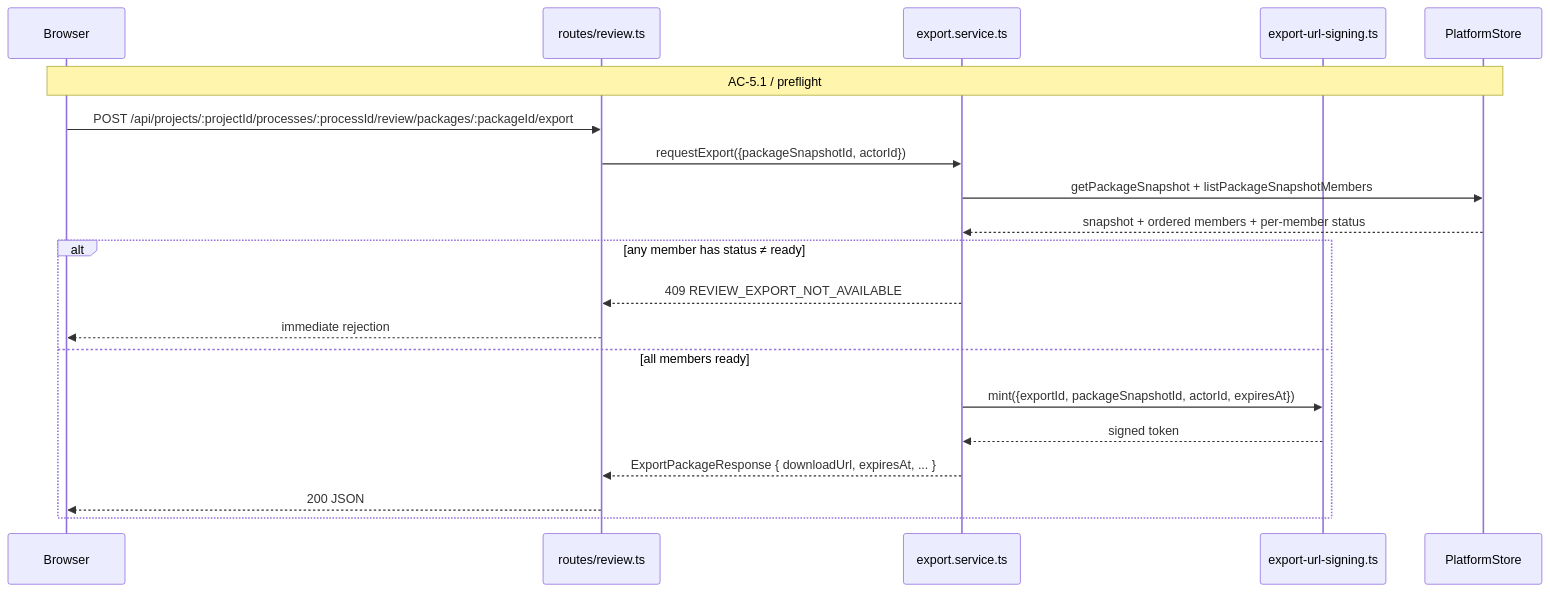
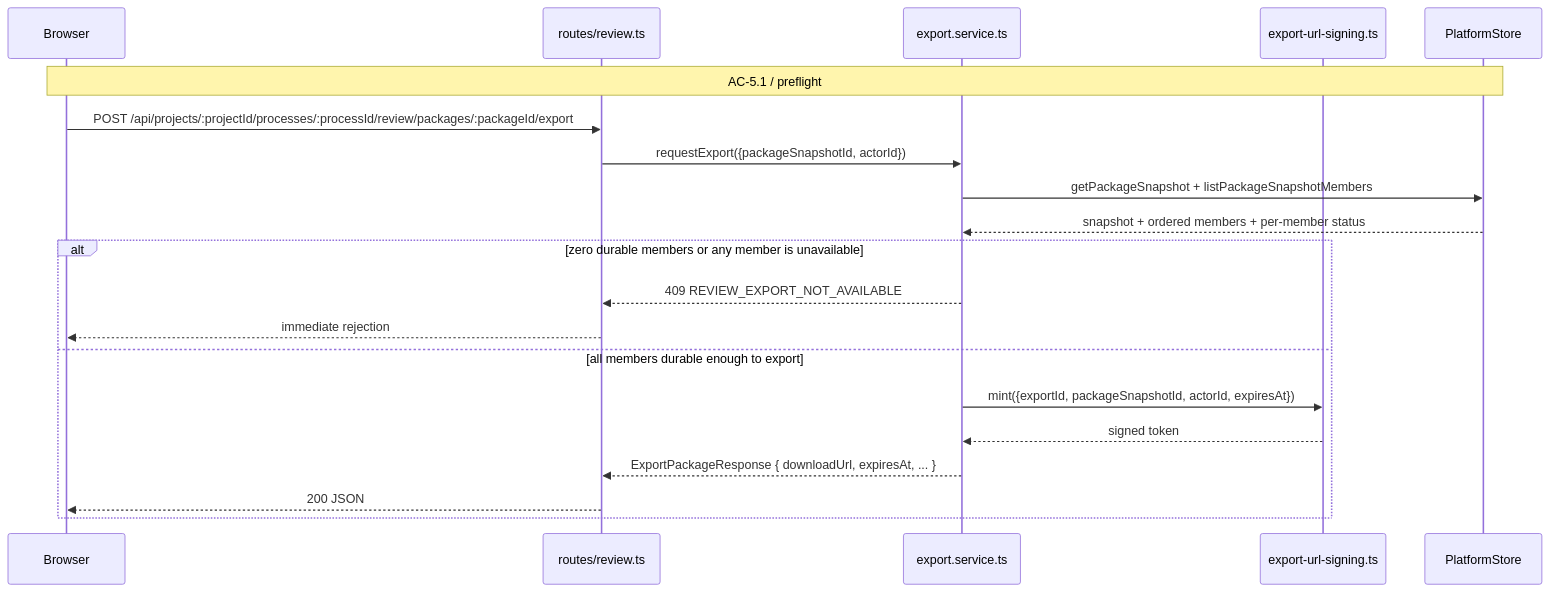
One commit to liminal-ai/liminal-build changed the sixth of 8 diagrams in docs/spec-build/v2/epics/04--artifact-review-and-package-surface/tech-design-server.md. Above: the diagram before and after it, drawn with Mermaid. The commit also changed other lines of this file and 70 other files, not shown here.

````diff
--- a/docs/spec-build/v2/epics/04--artifact-review-and-package-surface/tech-design-server.md
+++ b/docs/spec-build/v2/epics/04--artifact-review-and-package-surface/tech-design-server.md
@@ -1082,23 +1138,23 @@
 ```mermaid
 sequenceDiagram
     participant Browser
     participant Route as routes/review.ts
     participant Export as export.service.ts
     participant Signing as export-url-signing.ts
     participant Store as PlatformStore
 
     Note over Browser,Store: AC-5.1 / preflight
     Browser->>Route: POST /api/projects/:projectId/processes/:processId/review/packages/:packageId/export
     Route->>Export: requestExport({packageSnapshotId, actorId})
     Export->>Store: getPackageSnapshot + listPackageSnapshotMembers
     Store-->>Export: snapshot + ordered members + per-member status
-    alt any member has status ≠ ready
+    alt zero durable members or any member is unavailable
         Export-->>Route: 409 REVIEW_EXPORT_NOT_AVAILABLE
         Route-->>Browser: immediate rejection
-    else all members ready
+    else all members durable enough to export
         Export->>Signing: mint({exportId, packageSnapshotId, actorId, expiresAt})
         Signing-->>Export: signed token
         Export-->>Route: ExportPackageResponse { downloadUrl, expiresAt, ... }
         Route-->>Browser: 200 JSON
     end
 ```
````
